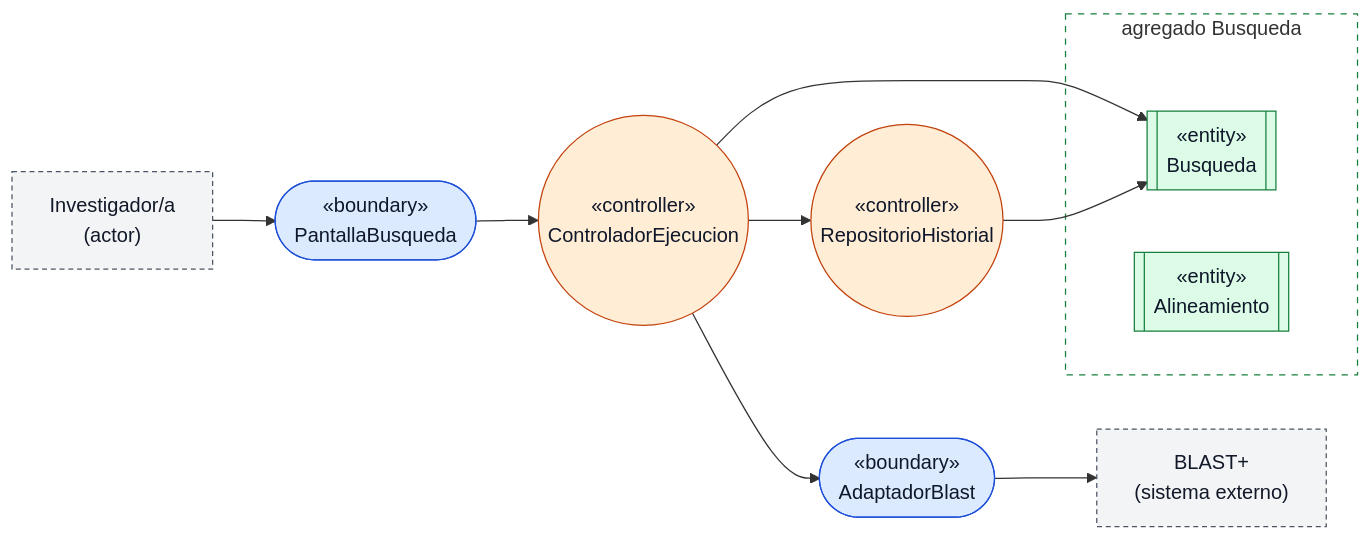
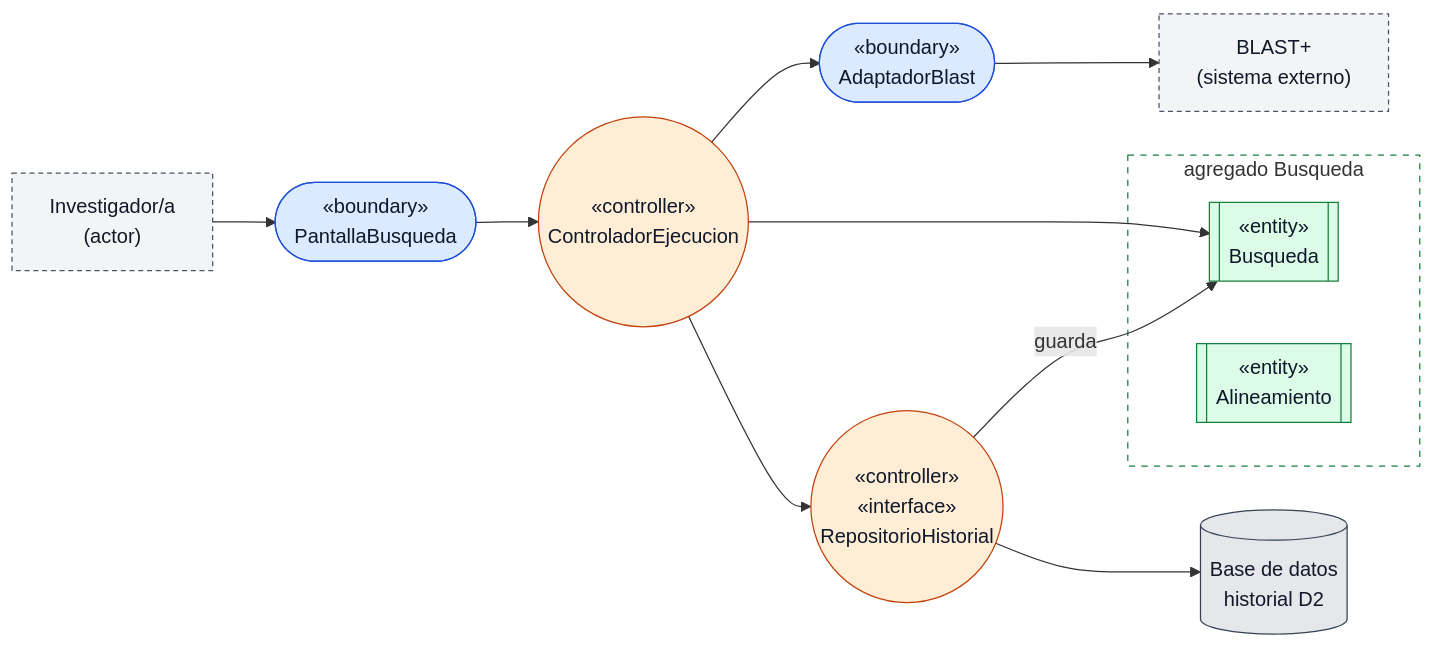
The third of 6 diagrams in docs/design/diseno-detallado.md (agwursten/Secondary-Repo-GUI-Blast), drawn with Mermaid before and after one commit. The commit also changed other lines of this file and 1 other file, not shown here.

````diff
--- a/docs/design/diseno-detallado.md
+++ b/docs/design/diseno-detallado.md
@@ -221,34 +221,39 @@
 ```mermaid
 flowchart LR
     inv["Investigador/a<br/>(actor)"]
     blast["BLAST+<br/>(sistema externo)"]
+    db[("Base de datos<br/>historial D2")]
 
     ui(["«boundary»<br/>PantallaBusqueda"])
-    ab(["«boundary»<br/>AdaptadorBlast"])
 
     ce(("«controller»<br/>ControladorEjecucion"))
-    rh(("«controller»<br/>RepositorioHistorial"))
+    rh(("«controller»<br/>«interface»<br/>RepositorioHistorial"))
 
     subgraph agg["agregado Busqueda"]
         bu[["«entity»<br/>Busqueda"]]
         al[["«entity»<br/>Alineamiento"]]
     end
 
+    ab(["«boundary»<br/>AdaptadorBlast"])
+
     inv --> ui
     ui --> ce
+    ce --> ab
+    ab --> blast
     ce --> bu
-    ce --> ab
     ce --> rh
-    rh --> bu
-    ab --> blast
+    rh -->|guarda| bu
+    rh --> db
 
     classDef actor fill:#f3f4f6,stroke:#4b5563,color:#111827,stroke-dasharray: 4 3
     classDef boundary fill:#dbeafe,stroke:#1d4ed8,color:#0f172a
     classDef controller fill:#ffedd5,stroke:#c2410c,color:#0f172a
     classDef entity fill:#dcfce7,stroke:#15803d,color:#0f172a
+    classDef store fill:#e5e7eb,stroke:#374151,color:#111827
     class inv,blast actor
+    class db store
     class ui,ab boundary
     class ce,rh controller
     class bu,al entity
     style agg fill:#ffffff,stroke:#15803d,stroke-dasharray: 5 5
 ```
````
